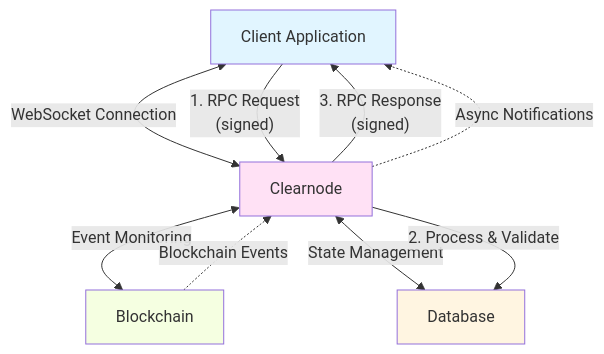
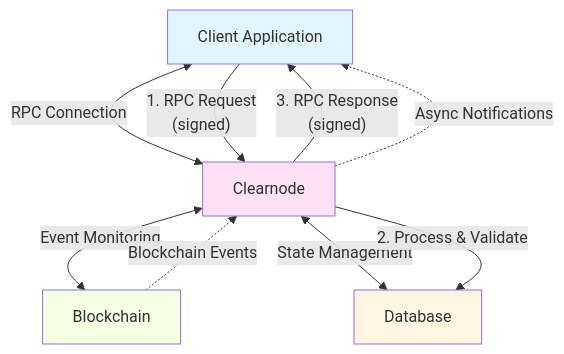
The diagram in docs/protocol/off-chain/overview.mdx (layer-3/docs), drawn with Mermaid before and after one commit. The commit also changed other lines of this file and 19 other files, not shown here.

````diff
--- a/docs/protocol/off-chain/overview.mdx
+++ b/docs/protocol/off-chain/overview.mdx
@@ -116,18 +117,18 @@
 ```mermaid
 graph TB
-    A[Client Application] <-->|WebSocket Connection| B[Clearnode]
+    A[Client Application] <-->|RPC Connection| B[Clearnode]
     B <-->|Event Monitoring| C[Blockchain]
     B <-->|State Management| D[Database]
     
     A -->|"1. RPC Request<br/>(signed)"| B
     B -->|"2. Process & Validate"| D
     B -->|"3. RPC Response<br/>(signed)"| A
     
     B -.->|"Async Notifications"| A
     C -.->|"Blockchain Events"| B
     
     style A fill:#e1f5ff
     style B fill:#ffe1f5
     style C fill:#f5ffe1
     style D fill:#fff5e1
 ```
````
